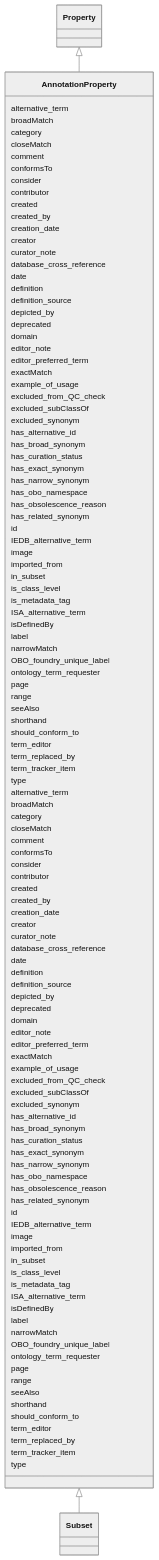
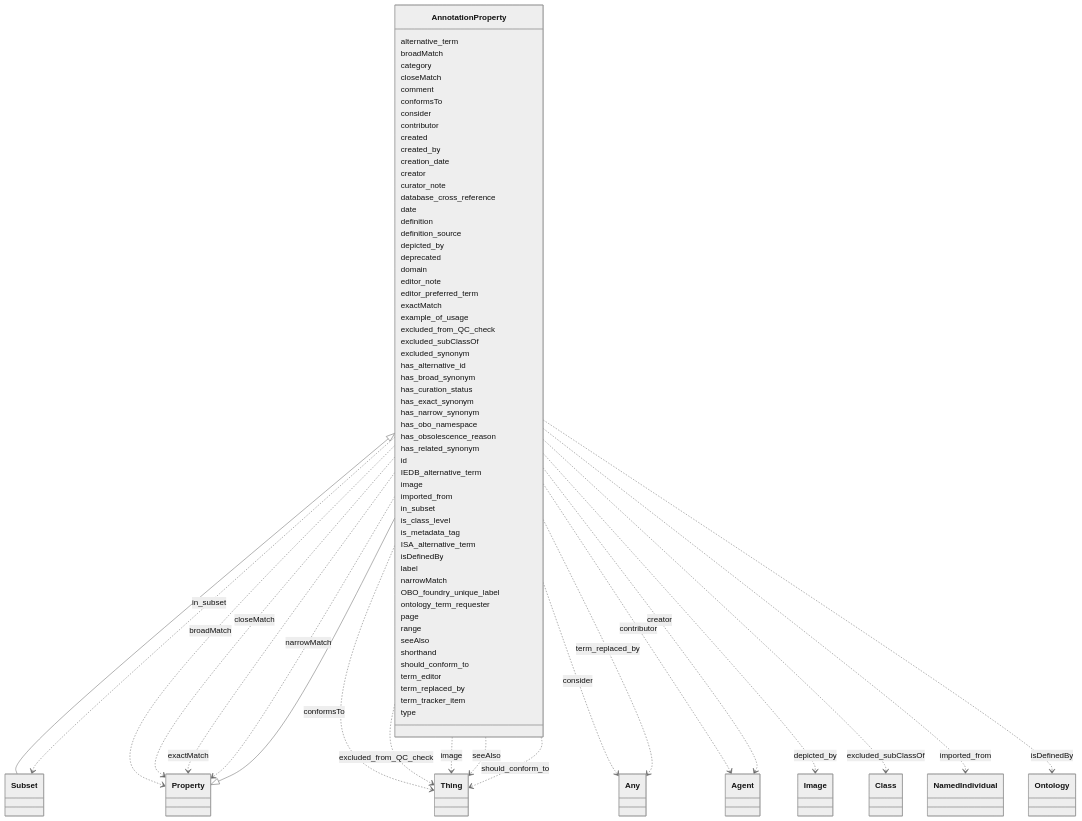
The diagram in ontology-metadata/AnnotationProperty.md (INCATools/ontology-access-kit), drawn with Mermaid (neutral theme) before and after one commit. The commit also changed other lines of this file and 1783 other files, not shown here.

````diff
--- a/ontology-metadata/AnnotationProperty.md
+++ b/ontology-metadata/AnnotationProperty.md
@@ -13,123 +13,159 @@
     class AnnotationProperty
       Property <|-- AnnotationProperty
       
-      AnnotationProperty : alternative_term
-      AnnotationProperty : broadMatch
-      AnnotationProperty : category
-      AnnotationProperty : closeMatch
-      AnnotationProperty : comment
-      AnnotationProperty : conformsTo
-      AnnotationProperty : consider
-      AnnotationProperty : contributor
-      AnnotationProperty : created
-      AnnotationProperty : created_by
-      AnnotationProperty : creation_date
-      AnnotationProperty : creator
-      AnnotationProperty : curator_note
-      AnnotationProperty : database_cross_reference
-      AnnotationProperty : date
-      AnnotationProperty : definition
-      AnnotationProperty : definition_source
-      AnnotationProperty : depicted_by
-      AnnotationProperty : deprecated
-      AnnotationProperty : domain
-      AnnotationProperty : editor_note
-      AnnotationProperty : editor_preferred_term
-      AnnotationProperty : exactMatch
-      AnnotationProperty : example_of_usage
-      AnnotationProperty : excluded_from_QC_check
-      AnnotationProperty : excluded_subClassOf
-      AnnotationProperty : excluded_synonym
-      AnnotationProperty : has_alternative_id
-      AnnotationProperty : has_broad_synonym
-      AnnotationProperty : has_curation_status
-      AnnotationProperty : has_exact_synonym
-      AnnotationProperty : has_narrow_synonym
-      AnnotationProperty : has_obo_namespace
-      AnnotationProperty : has_obsolescence_reason
-      AnnotationProperty : has_related_synonym
-      AnnotationProperty : id
-      AnnotationProperty : IEDB_alternative_term
-      AnnotationProperty : image
-      AnnotationProperty : imported_from
-      AnnotationProperty : in_subset
-      AnnotationProperty : is_class_level
-      AnnotationProperty : is_metadata_tag
-      AnnotationProperty : ISA_alternative_term
-      AnnotationProperty : isDefinedBy
-      AnnotationProperty : label
-      AnnotationProperty : narrowMatch
-      AnnotationProperty : OBO_foundry_unique_label
-      AnnotationProperty : ontology_term_requester
-      AnnotationProperty : page
-      AnnotationProperty : range
-      AnnotationProperty : seeAlso
-      AnnotationProperty : shorthand
-      AnnotationProperty : should_conform_to
-      AnnotationProperty : term_editor
-      AnnotationProperty : term_replaced_by
-      AnnotationProperty : term_tracker_item
-      AnnotationProperty : type
-      
 
       AnnotationProperty <|-- Subset
       
+      
       AnnotationProperty : alternative_term
+        
       AnnotationProperty : broadMatch
+        
+          AnnotationProperty ..> Property : broadMatch
+        
       AnnotationProperty : category
+        
       AnnotationProperty : closeMatch
+        
+          AnnotationProperty ..> Property : closeMatch
+        
       AnnotationProperty : comment
+        
       AnnotationProperty : conformsTo
+        
+          AnnotationProperty ..> Thing : conformsTo
+        
       AnnotationProperty : consider
+        
+          AnnotationProperty ..> Any : consider
+        
       AnnotationProperty : contributor
+        
+          AnnotationProperty ..> Agent : contributor
+        
       AnnotationProperty : created
+        
       AnnotationProperty : created_by
+        
       AnnotationProperty : creation_date
+        
       AnnotationProperty : creator
+        
+          AnnotationProperty ..> Agent : creator
+        
       AnnotationProperty : curator_note
+        
       AnnotationProperty : database_cross_reference
+        
       AnnotationProperty : date
+        
       AnnotationProperty : definition
+        
       AnnotationProperty : definition_source
+        
       AnnotationProperty : depicted_by
+        
+          AnnotationProperty ..> Image : depicted_by
+        
       AnnotationProperty : deprecated
+        
       AnnotationProperty : domain
+        
       AnnotationProperty : editor_note
+        
       AnnotationProperty : editor_preferred_term
+        
       AnnotationProperty : exactMatch
+        
+          AnnotationProperty ..> Property : exactMatch
+        
       AnnotationProperty : example_of_usage
+        
       AnnotationProperty : excluded_from_QC_check
+        
+          AnnotationProperty ..> Thing : excluded_from_QC_check
+        
       AnnotationProperty : excluded_subClassOf
+        
+          AnnotationProperty ..> Class : excluded_subClassOf
+        
       AnnotationProperty : excluded_synonym
+        
       AnnotationProperty : has_alternative_id
+        
       AnnotationProperty : has_broad_synonym
+        
       AnnotationProperty : has_curation_status
+        
       AnnotationProperty : has_exact_synonym
+        
       AnnotationProperty : has_narrow_synonym
+        
       AnnotationProperty : has_obo_namespace
+        
       AnnotationProperty : has_obsolescence_reason
+        
       AnnotationProperty : has_related_synonym
+        
       AnnotationProperty : id
+        
       AnnotationProperty : IEDB_alternative_term
+        
       AnnotationProperty : image
+        
+          AnnotationProperty ..> Thing : image
+        
       AnnotationProperty : imported_from
+        
+          AnnotationProperty ..> NamedIndividual : imported_from
+        
       AnnotationProperty : in_subset
+        
+          AnnotationProperty ..> Subset : in_subset
+        
       AnnotationProperty : is_class_level
+        
       AnnotationProperty : is_metadata_tag
+        
       AnnotationProperty : ISA_alternative_term
+        
       AnnotationProperty : isDefinedBy
+        
+          AnnotationProperty ..> Ontology : isDefinedBy
+        
       AnnotationProperty : label
+        
       AnnotationProperty : narrowMatch
+        
+          AnnotationProperty ..> Property : narrowMatch
+        
       AnnotationProperty : OBO_foundry_unique_label
+        
       AnnotationProperty : ontology_term_requester
+        
       AnnotationProperty : page
+        
       AnnotationProperty : range
+        
       AnnotationProperty : seeAlso
+        
+          AnnotationProperty ..> Thing : seeAlso
+        
       AnnotationProperty : shorthand
+        
       AnnotationProperty : should_conform_to
+        
+          AnnotationProperty ..> Thing : should_conform_to
+        
       AnnotationProperty : term_editor
+        
       AnnotationProperty : term_replaced_by
+        
+          AnnotationProperty ..> Any : term_replaced_by
+        
       AnnotationProperty : term_tracker_item
+        
       AnnotationProperty : type
+        
       
 ```
````
